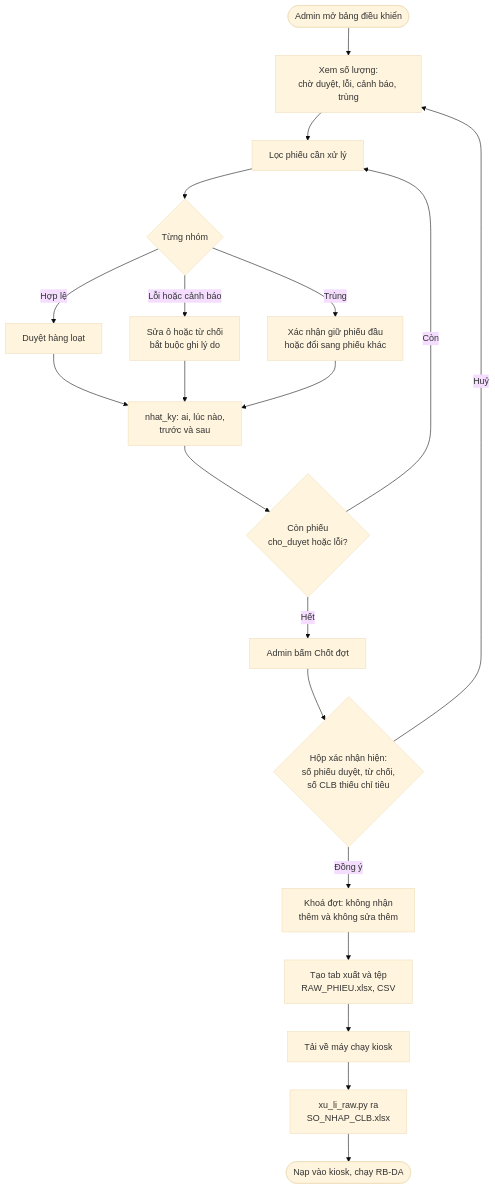
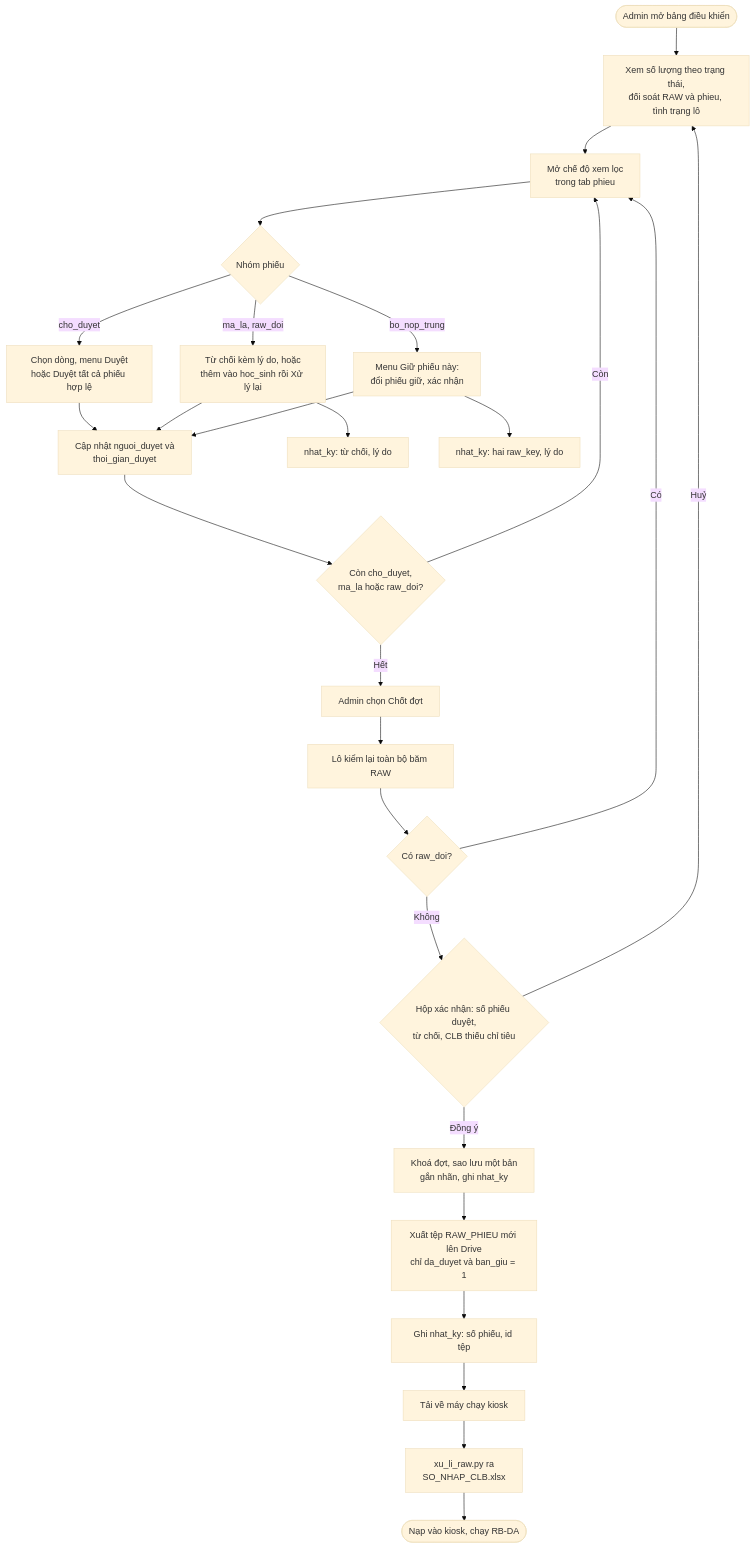
The diagram in docs/he_sinh_thai/anh/c_duyet_xuat.mmd (nguyenphanvantruong6969-arch/TESTING-DEV), drawn with Mermaid (base theme) before and after one commit. The commit also changed 10 other files, not shown here.

First line of the commit message:
T4 sửa vòng 1: V1 gọn (phieu duy nhất, raw_key bằng băm, xuất tệp riêng), thay đổi kho cho Lớp, ngân sách ô và trigger tính lại, vẽ lại sơ đồ

```diff
--- a/docs/he_sinh_thai/anh/c_duyet_xuat.mmd
+++ b/docs/he_sinh_thai/anh/c_duyet_xuat.mmd
@@ -1,20 +1,26 @@
 flowchart TD
-  A(["Admin mở bảng điều khiển"]) --> B["Xem số lượng:<br/>chờ duyệt, lỗi, cảnh báo, trùng"]
-  B --> C["Lọc phiếu cần xử lý"]
-  C --> D{"Từng nhóm"}
-  D -->|"Hợp lệ"| E["Duyệt hàng loạt"]
-  D -->|"Lỗi hoặc cảnh báo"| F["Sửa ô hoặc từ chối<br/>bắt buộc ghi lý do"]
-  D -->|"Trùng"| G["Xác nhận giữ phiếu đầu<br/>hoặc đổi sang phiếu khác"]
-  E --> H["nhat_ky: ai, lúc nào,<br/>trước và sau"]
+  A(["Admin mở bảng điều khiển"]) --> B["Xem số lượng theo trạng thái,<br/>đối soát RAW và phieu, tình trạng lô"]
+  B --> C["Mở chế độ xem lọc<br/>trong tab phieu"]
+  C --> D{"Nhóm phiếu"}
+  D -->|"cho_duyet"| E["Chọn dòng, menu Duyệt<br/>hoặc Duyệt tất cả phiếu hợp lệ"]
+  D -->|"ma_la, raw_doi"| F["Từ chối kèm lý do, hoặc<br/>thêm vào hoc_sinh rồi Xử lý lại"]
+  D -->|"bo_nop_trung"| G["Menu Giữ phiếu này:<br/>đổi phiếu giữ, xác nhận"]
+  E --> H["Cập nhật nguoi_duyet và<br/>thoi_gian_duyet"]
   F --> H
   G --> H
-  H --> I{"Còn phiếu<br/>cho_duyet hoặc lỗi?"}
+  F --> NK1["nhat_ky: từ chối, lý do"]
+  G --> NK2["nhat_ky: hai raw_key, lý do"]
+  H --> I{"Còn cho_duyet,<br/>ma_la hoặc raw_doi?"}
   I -->|"Còn"| C
-  I -->|"Hết"| J["Admin bấm Chốt đợt"]
-  J --> K{"Hộp xác nhận hiện:<br/>số phiếu duyệt, từ chối,<br/>số CLB thiếu chỉ tiêu"}
-  K -->|"Huỷ"| B
-  K -->|"Đồng ý"| L["Khoá đợt: không nhận<br/>thêm và không sửa thêm"]
-  L --> M["Tạo tab xuất và tệp<br/>RAW_PHIEU.xlsx, CSV"]
-  M --> N["Tải về máy chạy kiosk"]
+  I -->|"Hết"| J["Admin chọn Chốt đợt"]
+  J --> K["Lô kiểm lại toàn bộ băm RAW"]
+  K --> K2{"Có raw_doi?"}
+  K2 -->|"Có"| C
+  K2 -->|"Không"| Q{"Hộp xác nhận: số phiếu duyệt,<br/>từ chối, CLB thiếu chỉ tiêu"}
+  Q -->|"Huỷ"| B
+  Q -->|"Đồng ý"| L["Khoá đợt, sao lưu một bản<br/>gắn nhãn, ghi nhat_ky"]
+  L --> M["Xuất tệp RAW_PHIEU mới lên Drive<br/>chỉ da_duyet và ban_giu = 1"]
+  M --> M2["Ghi nhat_ky: số phiếu, id tệp"]
+  M2 --> N["Tải về máy chạy kiosk"]
   N --> O["xu_li_raw.py ra<br/>SO_NHAP_CLB.xlsx"]
   O --> P(["Nạp vào kiosk, chạy RB-DA"])
```
